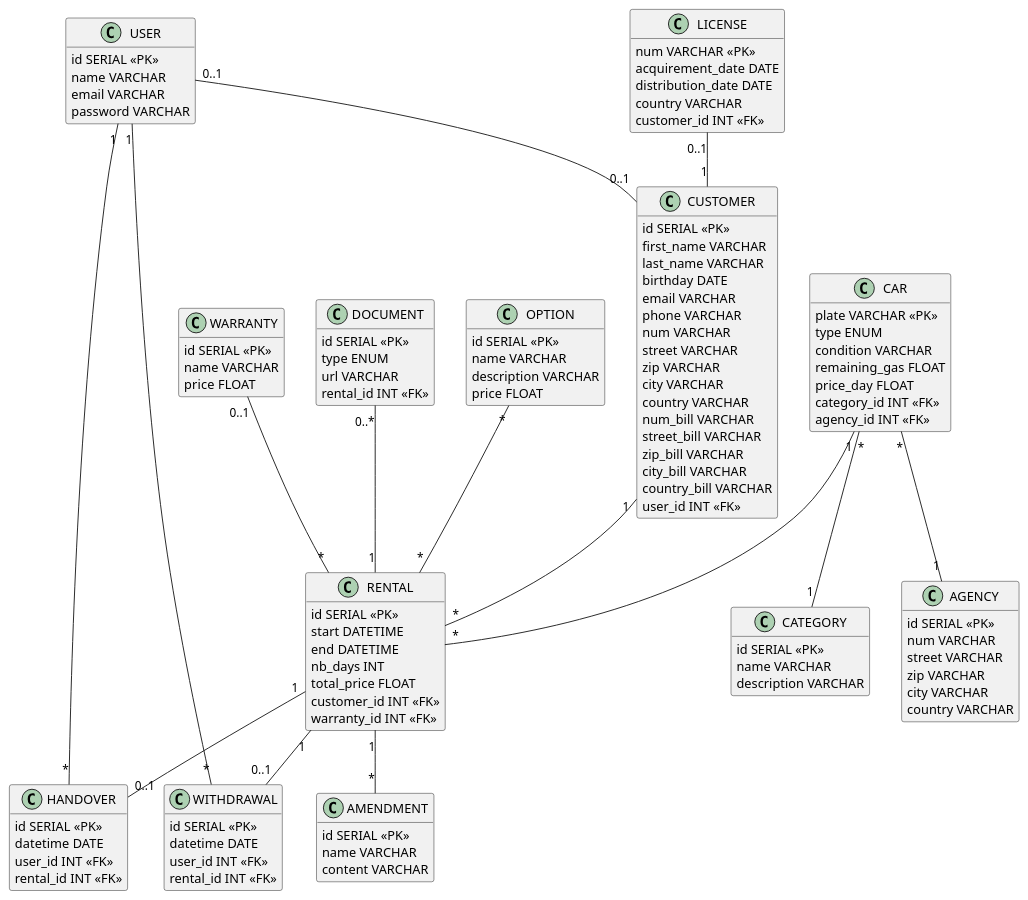
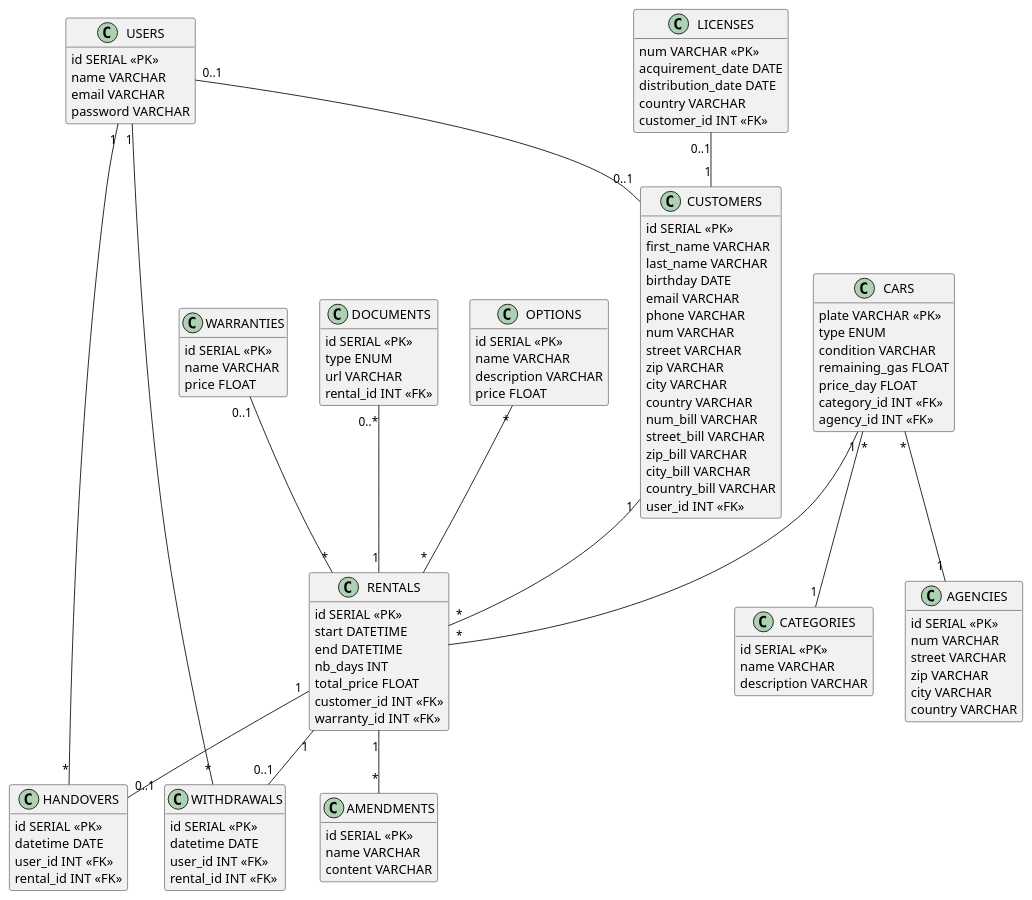
Before and after one commit to axelriv62/roulmapoul-api: the diagram in diagram.puml, drawn with PlantUML.

Commit message:
fix: nom des tables au pluriel

```diff
--- a/diagram.puml
+++ b/diagram.puml
@@ -1,129 +1,129 @@
 @startuml
 hide empty members
 
-class USER {
+class USERS {
     id SERIAL <<PK>>
     name VARCHAR
     email VARCHAR
     password VARCHAR
 }
 
-class CUSTOMER {
+class CUSTOMERS {
     id SERIAL <<PK>>
     first_name VARCHAR
     last_name VARCHAR
     birthday DATE
     email VARCHAR
     phone VARCHAR
     num VARCHAR
     street VARCHAR
     zip VARCHAR
     city VARCHAR
     country VARCHAR
     num_bill VARCHAR
     street_bill VARCHAR
     zip_bill VARCHAR
     city_bill VARCHAR
     country_bill VARCHAR
     user_id INT <<FK>>
 }
 
-class RENTAL {
+class RENTALS {
     id SERIAL <<PK>>
     start DATETIME
     end DATETIME
     nb_days INT
     total_price FLOAT
     customer_id INT <<FK>>
     warranty_id INT <<FK>>
 }
 
-class LICENSE {
+class LICENSES {
     num VARCHAR <<PK>>
     acquirement_date DATE
     distribution_date DATE
     country VARCHAR
     customer_id INT <<FK>>
 }
 
-class WARRANTY {
+class WARRANTIES {
     id SERIAL <<PK>>
     name VARCHAR
     price FLOAT
 }
 
-class AMENDMENT {
+class AMENDMENTS {
     id SERIAL <<PK>>
     name VARCHAR
     content VARCHAR
 }
 
-class DOCUMENT {
+class DOCUMENTS {
     id SERIAL <<PK>>
     type ENUM
     url VARCHAR
     rental_id INT <<FK>>
 }
 
-class WITHDRAWAL {
+class WITHDRAWALS {
     id SERIAL <<PK>>
     datetime DATE
     user_id INT <<FK>>
     rental_id INT <<FK>>
 }
 
-class HANDOVER {
+class HANDOVERS {
     id SERIAL <<PK>>
     datetime DATE
     user_id INT <<FK>>
     rental_id INT <<FK>>
 }
 
-class CAR {
+class CARS {
     plate VARCHAR <<PK>>
     type ENUM
     condition VARCHAR
     remaining_gas FLOAT
     price_day FLOAT
     category_id INT <<FK>>
     agency_id INT <<FK>>
 }
 
-class OPTION {
+class OPTIONS {
     id SERIAL <<PK>>
     name VARCHAR
     description VARCHAR
     price FLOAT
 }
 
-class CATEGORY {
+class CATEGORIES {
     id SERIAL <<PK>>
     name VARCHAR
     description VARCHAR
 }
 
-class AGENCY {
+class AGENCIES {
     id SERIAL <<PK>>
     num VARCHAR
     street VARCHAR
     zip VARCHAR
     city VARCHAR
     country VARCHAR
 }
 
-CAR "*" -- "1" AGENCY
-CAR "*" -- "1" CATEGORY
-CAR "1" -- "*" RENTAL
-RENTAL "1" -- "*" AMENDMENT
-RENTAL "1" -- "0..1" WITHDRAWAL
-WITHDRAWAL "*" -- "1" USER
-USER "0..1" -- "0..1" CUSTOMER
-LICENSE "0..1" -- "1" CUSTOMER
-WARRANTY "0..1" -- "*" RENTAL
-OPTION "*" -- "*" RENTAL
-DOCUMENT "0..*" -- "1" RENTAL
-USER "1" -- "*" HANDOVER
-RENTAL "1" -- "0..1" HANDOVER
-CUSTOMER "1" -- "*" RENTAL
+CARS "*" -- "1" AGENCIES
+CARS "*" -- "1" CATEGORIES
+CARS "1" -- "*" RENTALS
+RENTALS "1" -- "*" AMENDMENTS
+RENTALS "1" -- "0..1" WITHDRAWALS
+WITHDRAWALS "*" -- "1" USERS
+USERS "0..1" -- "0..1" CUSTOMERS
+LICENSES "0..1" -- "1" CUSTOMERS
+WARRANTIES "0..1" -- "*" RENTALS
+OPTIONS "*" -- "*" RENTALS
+DOCUMENTS "0..*" -- "1" RENTALS
+USERS "1" -- "*" HANDOVERS
+RENTALS "1" -- "0..1" HANDOVERS
+CUSTOMERS "1" -- "*" RENTALS
 
 @enduml
```
